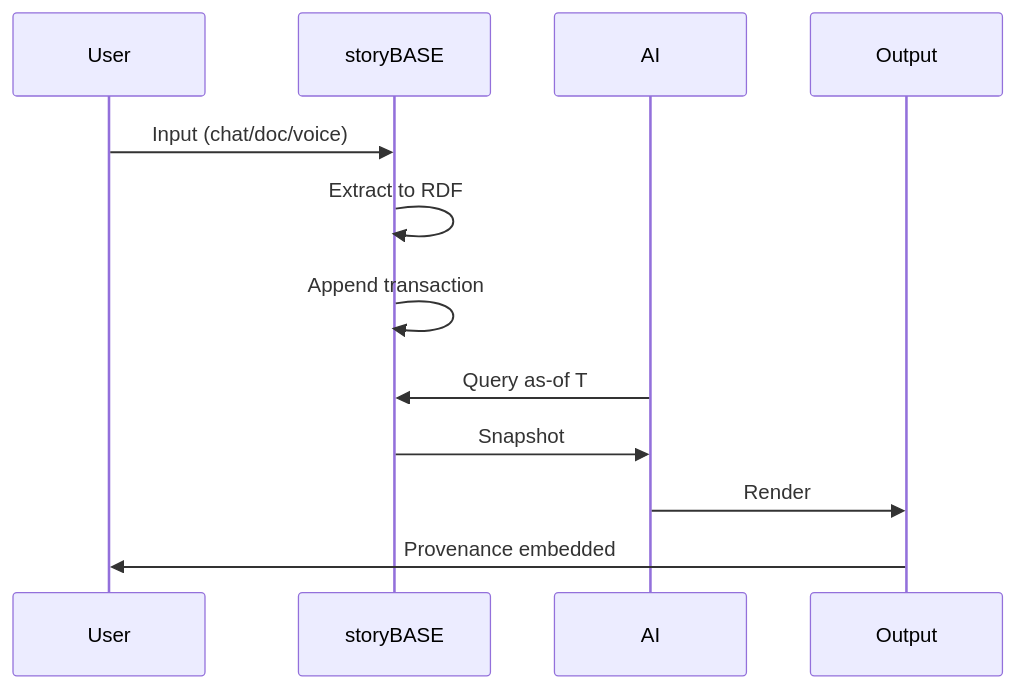
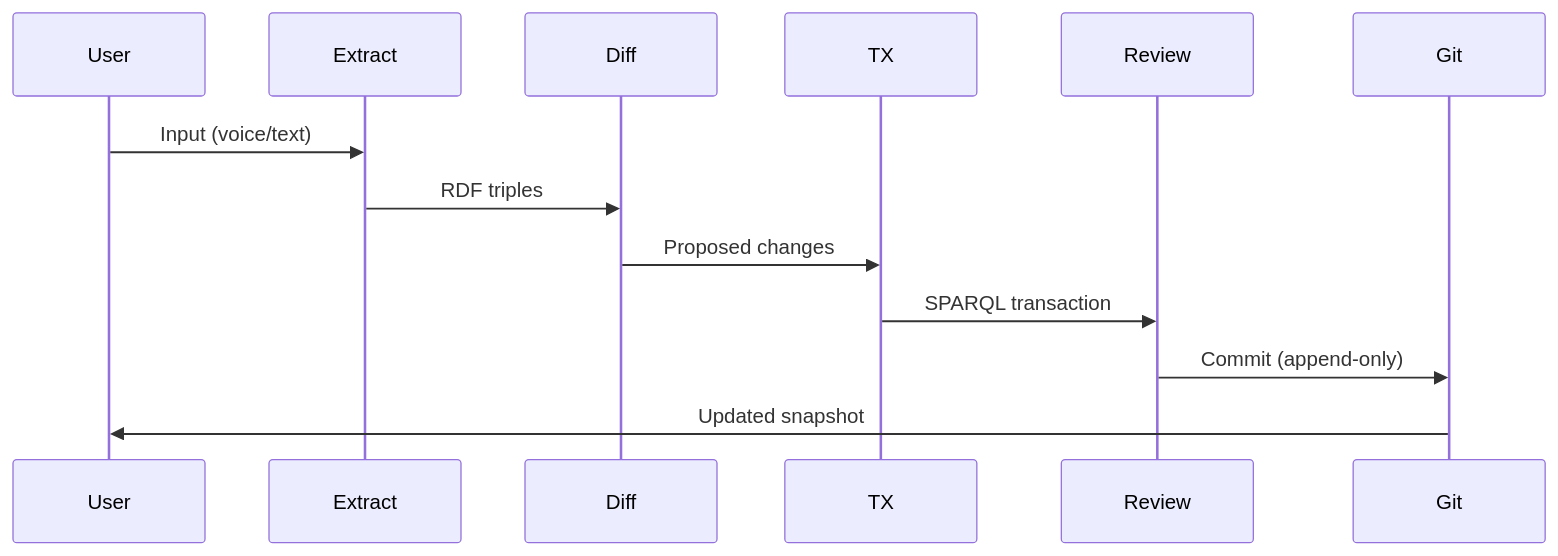
Before and after one commit to Synthetic-Identity-Co/conj-talk-2025: the second of 7 diagrams in presenter.md, drawn with Mermaid. The commit also changed other lines of this file, not shown here.

Commit message:
story:  9ca903a49c557ba3a693e09c9049fa1e0610f9ac

````diff
--- a/presenter.md
+++ b/presenter.md
@@ -101,15 +72,16 @@
 ```mermaid
 sequenceDiagram
     participant User
-    participant storyBASE
-    participant AI
-    participant Output
+    participant Extract
+    participant Diff
+    participant TX
+    participant Review
+    participant Git
     
-    User->>storyBASE: Input (chat/doc/voice)
-    storyBASE->>storyBASE: Extract to RDF
-    storyBASE->>storyBASE: Append transaction
-    AI->>storyBASE: Query as-of T
-    storyBASE->>AI: Snapshot
-    AI->>Output: Render
-    Output->>User: Provenance embedded
+    User->>Extract: Input (voice/text)
+    Extract->>Diff: RDF triples
+    Diff->>TX: Proposed changes
+    TX->>Review: SPARQL transaction
+    Review->>Git: Commit (append-only)
+    Git->>User: Updated snapshot
 ```
````
